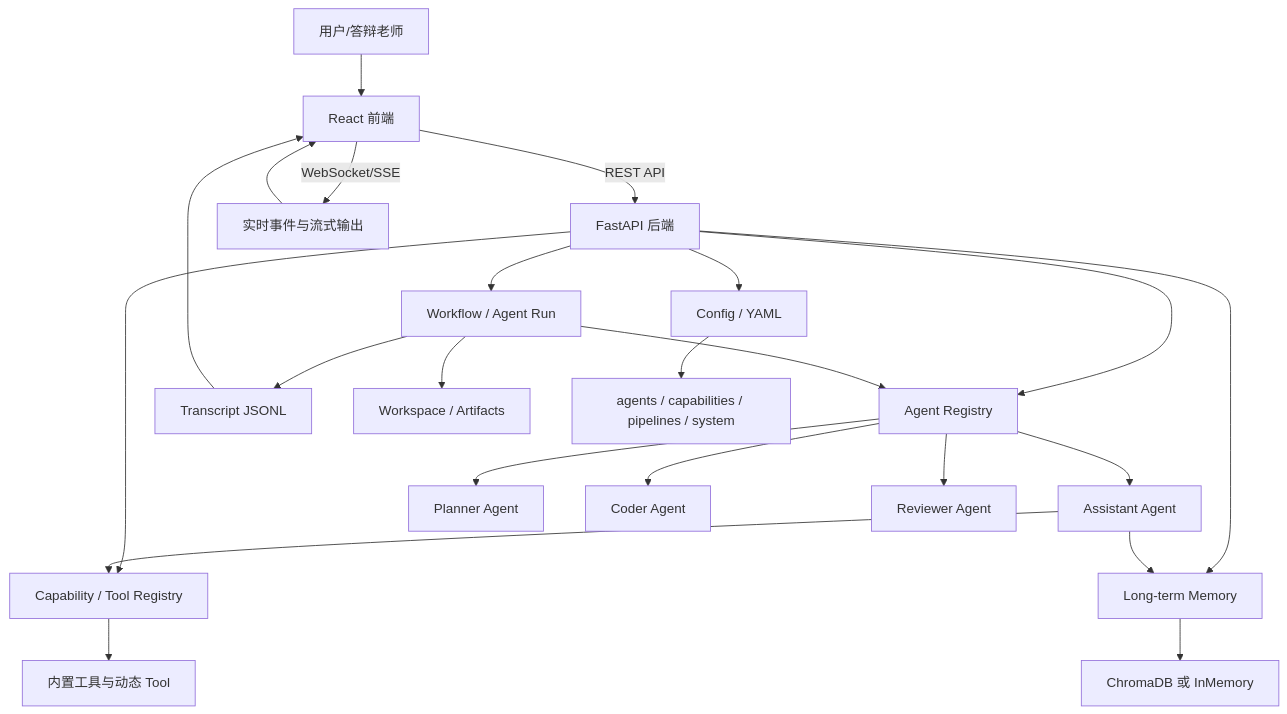
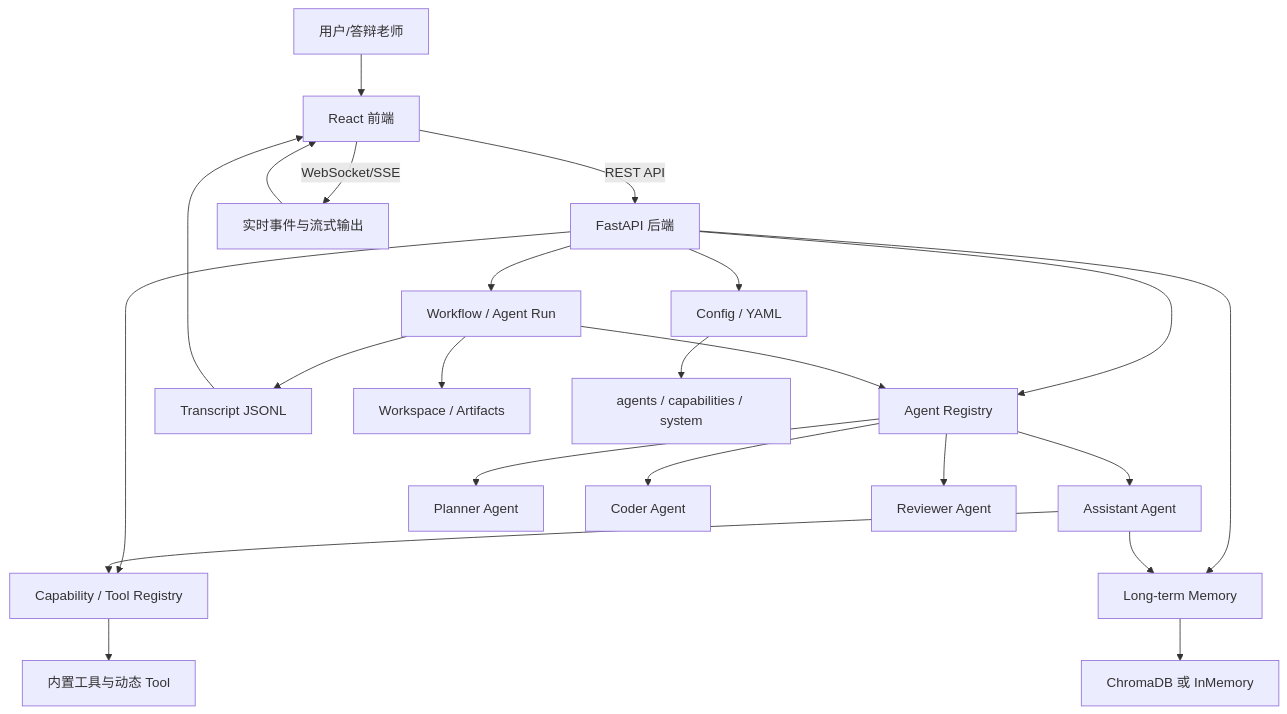
One commit to SGSxingchen/agentic-system changed the first of 5 diagrams in docs/demo/DEFENSE_MATERIALS.md. Above: the diagram before and after it, drawn with Mermaid. The commit also changed other lines of this file and 66 other files, not shown here.

````diff
--- a/docs/demo/DEFENSE_MATERIALS.md
+++ b/docs/demo/DEFENSE_MATERIALS.md
@@ -26,30 +26,30 @@
 ```mermaid
 flowchart TB
   User[用户/答辩老师] --> Frontend[React 前端]
   Frontend -->|REST API| API[FastAPI 后端]
   Frontend -->|WebSocket/SSE| Stream[实时事件与流式输出]
 
   API --> AgentRegistry[Agent Registry]
   API --> CapabilityRegistry[Capability / Tool Registry]
   API --> RunManager[Workflow / Agent Run]
   API --> Memory[Long-term Memory]
   API --> Config[Config / YAML]
 
   AgentRegistry --> Assistant[Assistant Agent]
   AgentRegistry --> Planner[Planner Agent]
   AgentRegistry --> Coder[Coder Agent]
   AgentRegistry --> Reviewer[Reviewer Agent]
 
   CapabilityRegistry --> Tools[内置工具与动态 Tool]
   RunManager --> Transcript[Transcript JSONL]
   RunManager --> Workspace[Workspace / Artifacts]
 
   Memory --> Store[ChromaDB 或 InMemory]
-  Config --> YAML[agents / capabilities / pipelines / system]
+  Config --> YAML[agents / capabilities / system]
 
   Assistant --> CapabilityRegistry
   Assistant --> Memory
   RunManager --> AgentRegistry
   Transcript --> Frontend
   Stream --> Frontend
 ```
````
